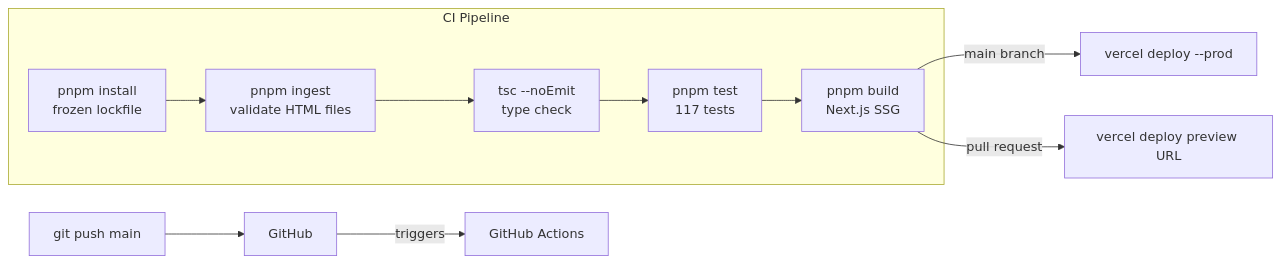
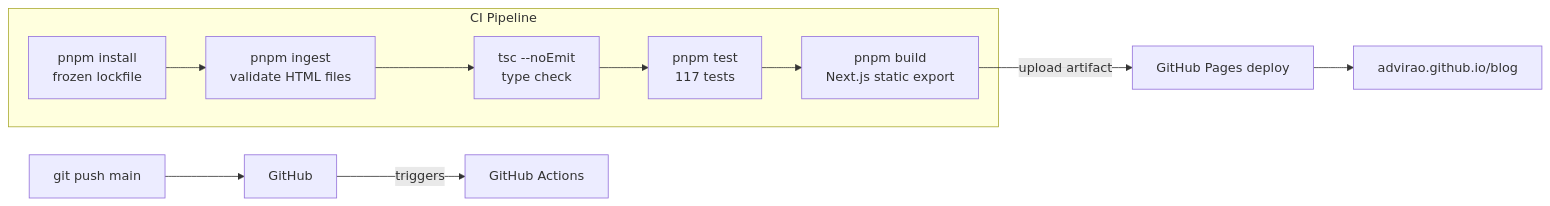
The fifth of 7 diagrams in docs/architecture.md (Advirao/blog), drawn with Mermaid before and after one commit. The commit also changed other lines of this file and 2 other files, not shown here.

Commit message:
docs: remove stale Vercel/content references from all MD files
- CLAUDE.md: remove content/ dir, SiteNav, Card (don't exist), fix
  deployment to GitHub Pages, fix env var to NEXT_PUBLIC_BASE_PATH
- add-post.md: fix deploy line to say GitHub Pages not Vercel
- architecture.md: fix iframe CDN label, CI/CD diagram, directory
  structure (add .nojekyll, remove content/)

````diff
--- a/docs/architecture.md
+++ b/docs/architecture.md
@@ -110,15 +110,15 @@
 ```mermaid
 flowchart LR
     DEV[git push main] --> GH[GitHub]
     GH -->|triggers| CI[GitHub Actions]
 
     subgraph CI Pipeline
         I[pnpm install\nfrozen lockfile] --> V[pnpm ingest\nvalidate HTML files]
         V --> T[tsc --noEmit\ntype check]
         T --> TS[pnpm test\n117 tests]
-        TS --> B[pnpm build\nNext.js SSG]
+        TS --> B[pnpm build\nNext.js static export]
     end
 
-    B -->|main branch| VP[vercel deploy --prod]
-    B -->|pull request| VPR[vercel deploy preview URL]
+    B -->|upload artifact| GP[GitHub Pages deploy]
+    GP --> LIVE[advirao.github.io/blog]
 ```
````
